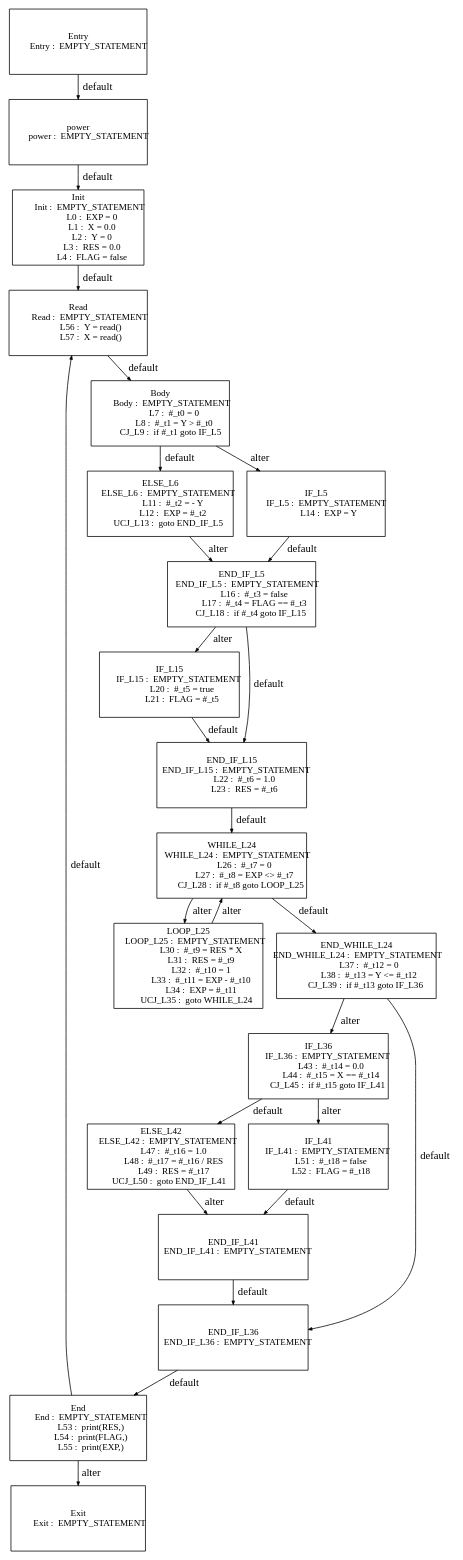
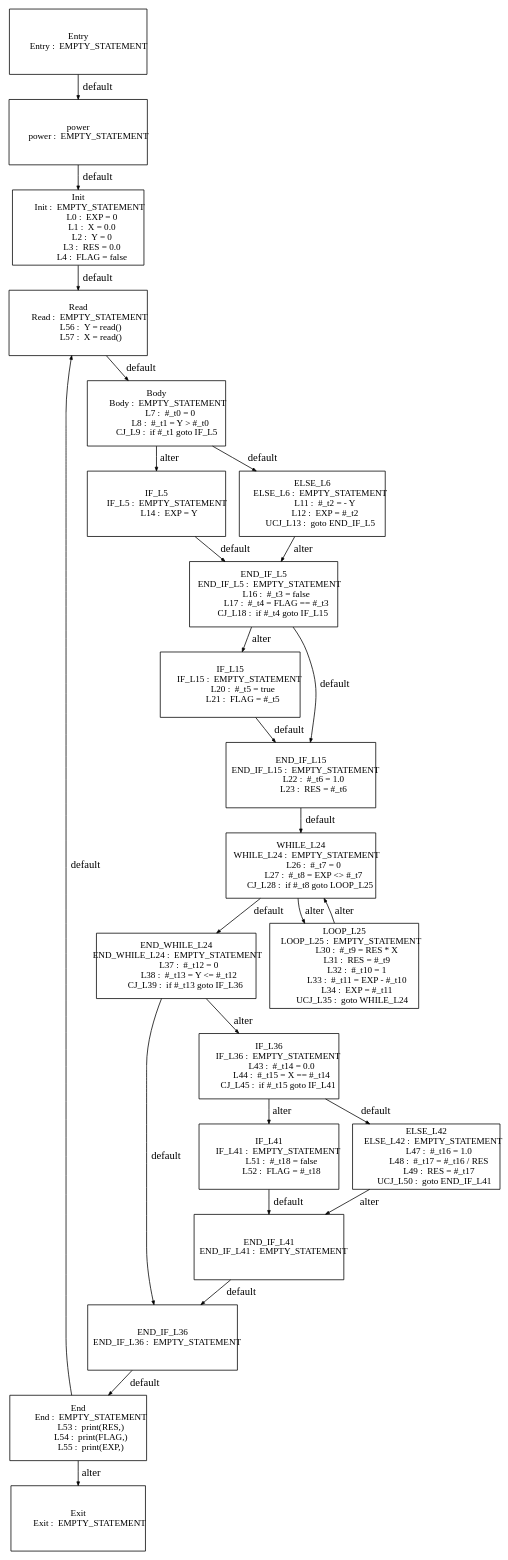
One commit to Geoffrey1014/ST_DSE changed the diagram in tests_programs/paper1_tests/power_output/Graph_origin_0.dot. Above: the diagram before and after it, drawn with Graphviz. The commit also changed 181 other files, not shown here.

```diff
--- a/tests_programs/paper1_tests/power_output/Graph_origin_0.dot
+++ b/tests_programs/paper1_tests/power_output/Graph_origin_0.dot
@@ -3,46 +3,69 @@
   edge [arrowsize=.5]
   node [shape=rectangle, fontname="ArialNarrow",
         fontsize=12,  height=1.2];
-  "power
-          power :  EMPTY_STATEMENT
-"; "Init
+  "Init
            Init :  EMPTY_STATEMENT
              L0 :  EXP = 0
              L1 :  X = 0.0
              L2 :  Y = 0
              L3 :  RES = 0.0
              L4 :  FLAG = false
+"; "END_WHILE_L24
+  END_WHILE_L24 :  EMPTY_STATEMENT
+            L37 :  #_t12 = 0
+            L38 :  #_t13 = Y <= #_t12
+         CJ_L39 :  if #_t13 goto IF_L36
+"; "END_IF_L36
+     END_IF_L36 :  EMPTY_STATEMENT
+"; "End
+            End :  EMPTY_STATEMENT
+            L53 :  print(RES,)
+            L54 :  print(FLAG,)
+            L55 :  print(EXP,)
 "; "Body
            Body :  EMPTY_STATEMENT
              L7 :  #_t0 = 0
              L8 :  #_t1 = Y > #_t0
           CJ_L9 :  if #_t1 goto IF_L5
-"; "ELSE_L6
-        ELSE_L6 :  EMPTY_STATEMENT
-            L11 :  #_t2 = - Y
-            L12 :  EXP = #_t2
-        UCJ_L13 :  goto END_IF_L5
+"; "Exit
+           Exit :  EMPTY_STATEMENT
 "; "IF_L5
           IF_L5 :  EMPTY_STATEMENT
             L14 :  EXP = Y
-"; "END_IF_L5
-      END_IF_L5 :  EMPTY_STATEMENT
-            L16 :  #_t3 = false
-            L17 :  #_t4 = FLAG == #_t3
-         CJ_L18 :  if #_t4 goto IF_L15
 "; "IF_L15
          IF_L15 :  EMPTY_STATEMENT
             L20 :  #_t5 = true
             L21 :  FLAG = #_t5
+"; "IF_L41
+         IF_L41 :  EMPTY_STATEMENT
+            L51 :  #_t18 = false
+            L52 :  FLAG = #_t18
 "; "END_IF_L15
      END_IF_L15 :  EMPTY_STATEMENT
             L22 :  #_t6 = 1.0
             L23 :  RES = #_t6
+"; "power
+          power :  EMPTY_STATEMENT
+"; "IF_L36
+         IF_L36 :  EMPTY_STATEMENT
+            L43 :  #_t14 = 0.0
+            L44 :  #_t15 = X == #_t14
+         CJ_L45 :  if #_t15 goto IF_L41
 "; "WHILE_L24
       WHILE_L24 :  EMPTY_STATEMENT
             L26 :  #_t7 = 0
             L27 :  #_t8 = EXP <> #_t7
          CJ_L28 :  if #_t8 goto LOOP_L25
+"; "Read
+           Read :  EMPTY_STATEMENT
+            L56 :  Y = read()
+            L57 :  X = read()
+"; "ELSE_L42
+       ELSE_L42 :  EMPTY_STATEMENT
+            L47 :  #_t16 = 1.0
+            L48 :  #_t17 = #_t16 / RES
+            L49 :  RES = #_t17
+        UCJ_L50 :  goto END_IF_L41
 "; "LOOP_L25
        LOOP_L25 :  EMPTY_STATEMENT
             L30 :  #_t9 = RES * X
@@ -51,43 +74,20 @@
             L33 :  #_t11 = EXP - #_t10
             L34 :  EXP = #_t11
         UCJ_L35 :  goto WHILE_L24
-"; "END_WHILE_L24
-  END_WHILE_L24 :  EMPTY_STATEMENT
-            L37 :  #_t12 = 0
-            L38 :  #_t13 = Y <= #_t12
-         CJ_L39 :  if #_t13 goto IF_L36
-"; "IF_L36
-         IF_L36 :  EMPTY_STATEMENT
-            L43 :  #_t14 = 0.0
-            L44 :  #_t15 = X == #_t14
-         CJ_L45 :  if #_t15 goto IF_L41
-"; "ELSE_L42
-       ELSE_L42 :  EMPTY_STATEMENT
-            L47 :  #_t16 = 1.0
-            L48 :  #_t17 = #_t16 / RES
-            L49 :  RES = #_t17
-        UCJ_L50 :  goto END_IF_L41
-"; "IF_L41
-         IF_L41 :  EMPTY_STATEMENT
-            L51 :  #_t18 = false
-            L52 :  FLAG = #_t18
 "; "END_IF_L41
      END_IF_L41 :  EMPTY_STATEMENT
-"; "END_IF_L36
-     END_IF_L36 :  EMPTY_STATEMENT
 "; "Entry
           Entry :  EMPTY_STATEMENT
-"; "End
-            End :  EMPTY_STATEMENT
-            L53 :  print(RES,)
-            L54 :  print(FLAG,)
-            L55 :  print(EXP,)
-"; "Read
-           Read :  EMPTY_STATEMENT
-            L56 :  Y = read()
-            L57 :  X = read()
-"; "Exit
-           Exit :  EMPTY_STATEMENT
+"; "ELSE_L6
+        ELSE_L6 :  EMPTY_STATEMENT
+            L11 :  #_t2 = - Y
+            L12 :  EXP = #_t2
+        UCJ_L13 :  goto END_IF_L5
+"; "END_IF_L5
+      END_IF_L5 :  EMPTY_STATEMENT
+            L16 :  #_t3 = false
+            L17 :  #_t4 = FLAG == #_t3
+         CJ_L18 :  if #_t4 goto IF_L15
 "; 
   "power
           power :  EMPTY_STATEMENT
```
